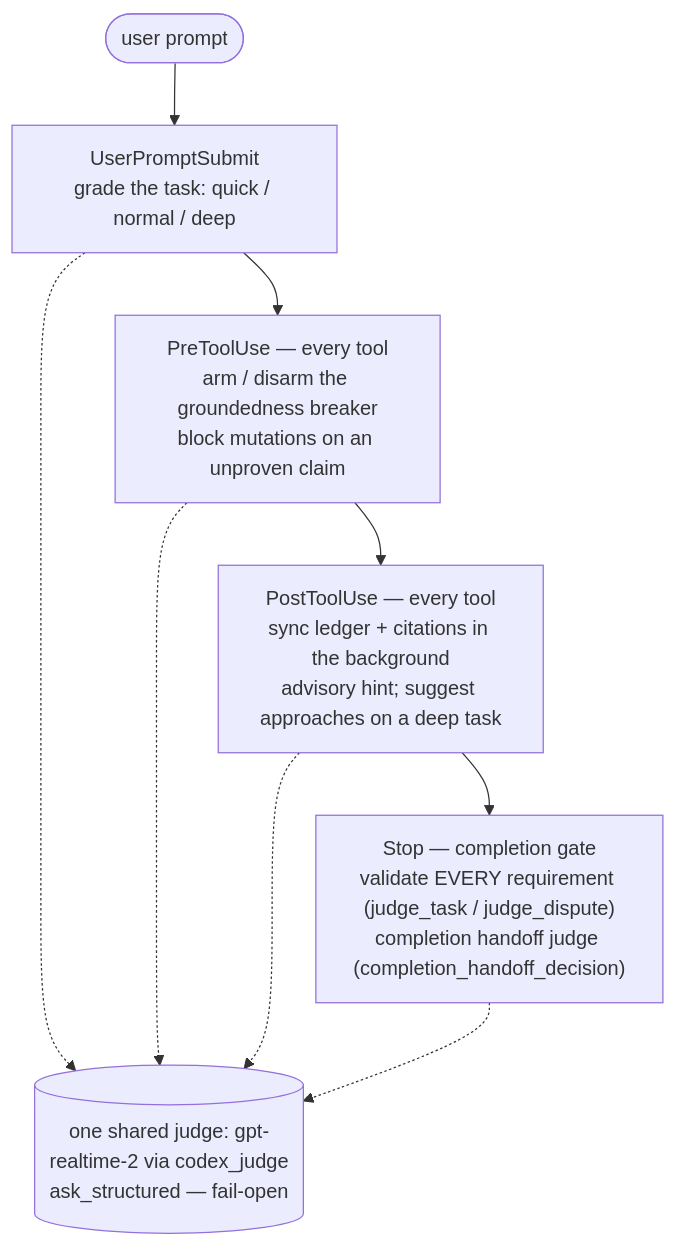
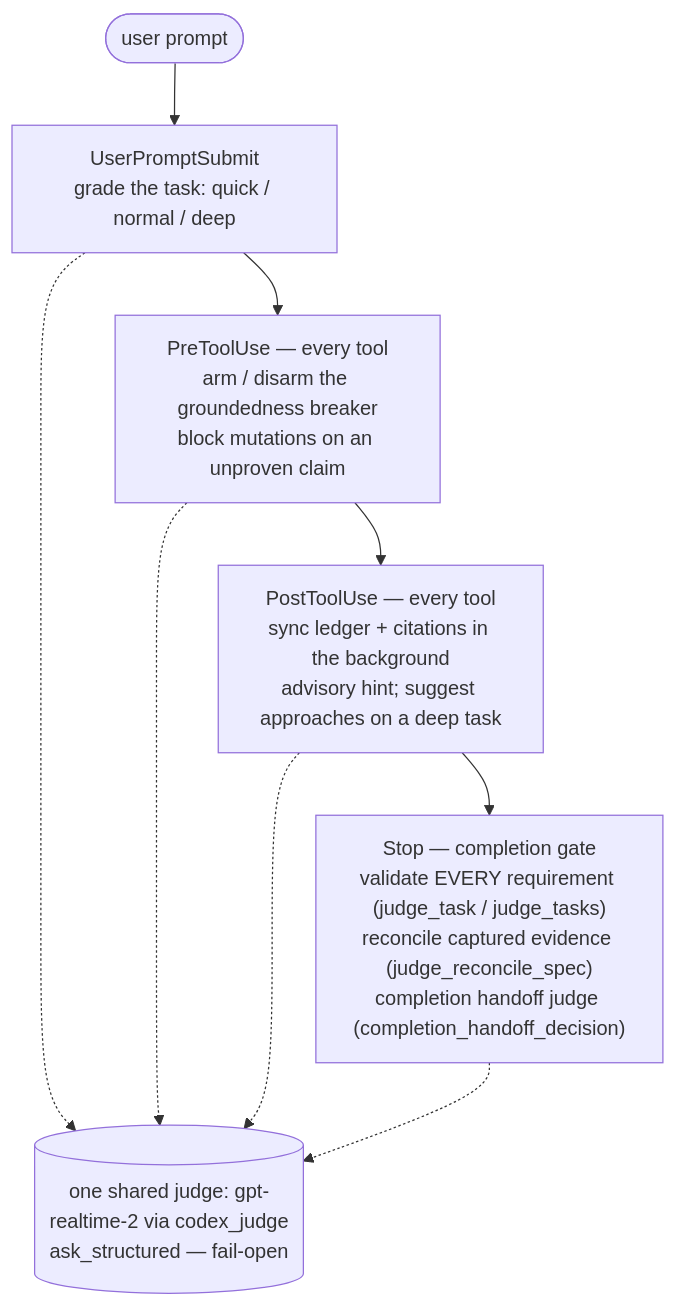
Before and after one commit to jaredboynton/unifable: the diagram in README.md, drawn with Mermaid. The commit also changed other lines of this file and 48 other files, not shown here.

````diff
--- a/README.md
+++ b/README.md
@@ -77,13 +77,13 @@
 ```mermaid
 flowchart TB
   P([user prompt]) --> UPS
   UPS["UserPromptSubmit<br/>grade the task: quick / normal / deep"] --> PTU
   PTU["PreToolUse — every tool<br/>arm / disarm the groundedness breaker<br/>block mutations on an unproven claim"] --> POST
   POST["PostToolUse — every tool<br/>sync ledger + citations in the background<br/>advisory hint; suggest approaches on a deep task"] --> STOP
-  STOP["Stop — completion gate<br/>validate EVERY requirement (judge_task / judge_dispute)<br/>completion handoff judge (completion_handoff_decision)"]
+  STOP["Stop — completion gate<br/>validate EVERY requirement (judge_task / judge_tasks)<br/>reconcile captured evidence (judge_reconcile_spec)<br/>completion handoff judge (completion_handoff_decision)"]
   UPS -.-> CJ
   PTU -.-> CJ
   POST -.-> CJ
   STOP -.-> CJ
   CJ[("one shared judge: gpt-realtime-2 via codex_judge<br/>ask_structured — fail-open")]
 ```
````
